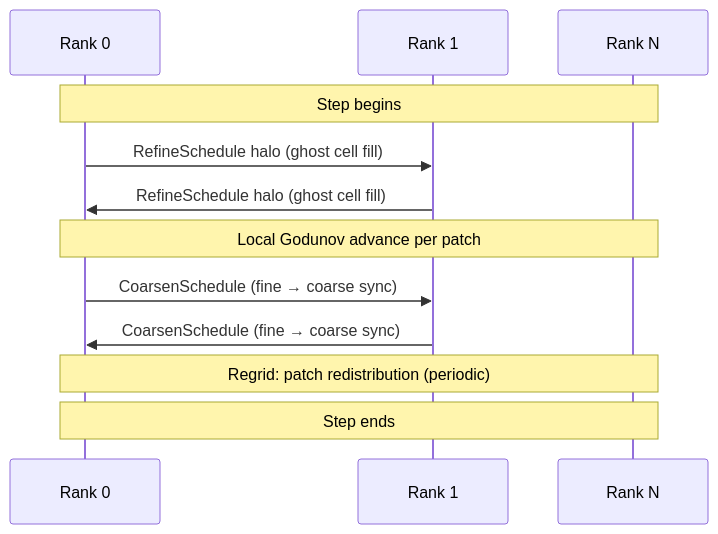
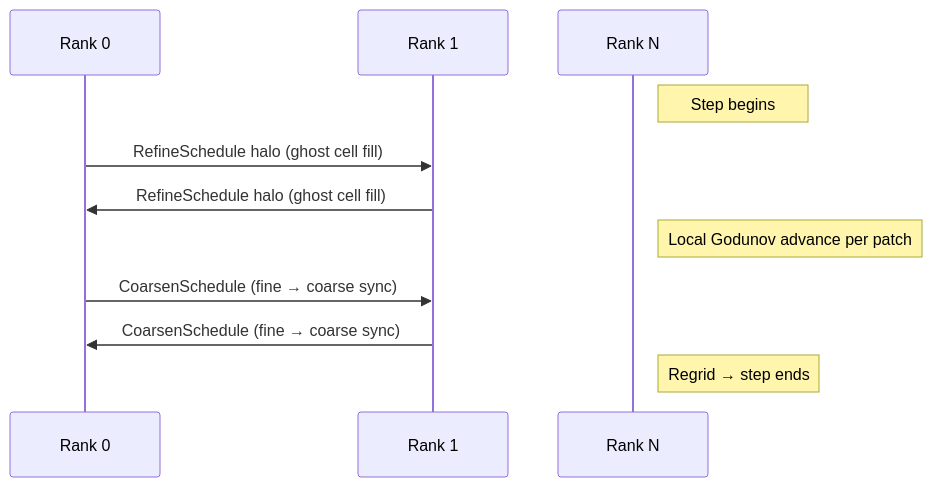
Before and after one commit to ngduchai/guard-agent: the second of 3 diagrams in tests/apps/docs/SAMRAI/README.md, drawn with Mermaid. The commit also changed other lines of this file and 43 other files, not shown here.

````diff
--- a/tests/apps/docs/SAMRAI/README.md
+++ b/tests/apps/docs/SAMRAI/README.md
@@ -93,15 +93,14 @@
 ```mermaid
 sequenceDiagram
     participant R0 as Rank 0
     participant R1 as Rank 1
     participant RN as Rank N
 
-    Note over R0,RN: Step begins
+    Note right of RN: Step begins
     R0->>R1: RefineSchedule halo (ghost cell fill)
     R1->>R0: RefineSchedule halo (ghost cell fill)
-    Note over R0,RN: Local Godunov advance per patch
+    Note right of RN: Local Godunov advance per patch
     R0->>R1: CoarsenSchedule (fine → coarse sync)
     R1->>R0: CoarsenSchedule (fine → coarse sync)
-    Note over R0,RN: Regrid: patch redistribution (periodic)
-    Note over R0,RN: Step ends
+    Note right of RN: Regrid → step ends
 ```
````
